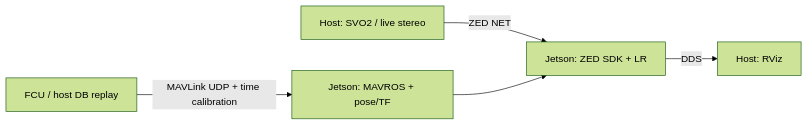
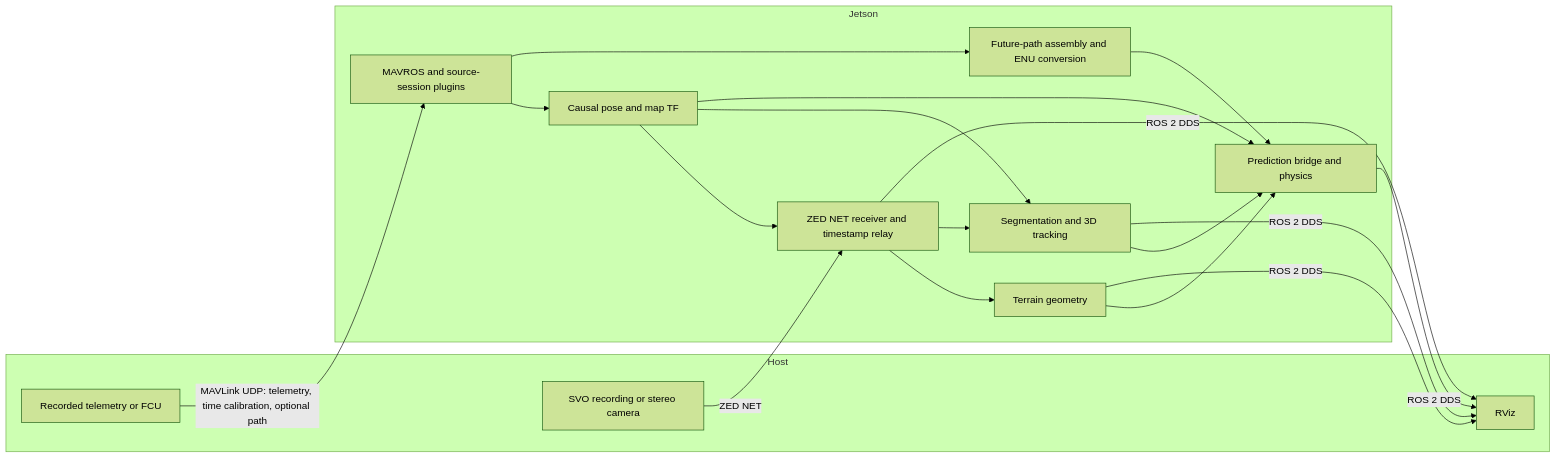
Before and after one commit to hachitrung024/lr-ros2: the diagram in README.md, drawn with Mermaid (forest theme). The commit also changed other lines of this file and 74 other files, not shown here.

Commit message:
implement prediction path via mavlink

````diff
--- a/README.md
+++ b/README.md
@@ -9,7 +9,33 @@
 ```mermaid
 flowchart LR
-    S["Host: SVO2 / live stereo"] -->|ZED NET| Z["Jetson: ZED SDK + LR"]
-    T["FCU / host DB replay"] -->|MAVLink UDP + time calibration| M["Jetson: MAVROS + pose/TF"]
-    M --> Z
-    Z -->|DDS| R["Host: RViz"]
+    subgraph Host
+        S[SVO recording or stereo camera]
+        D[Recorded telemetry or FCU]
+        R[RViz]
+    end
+    subgraph Jetson
+        Z[ZED NET receiver and timestamp relay]
+        M[MAVROS and source-session plugins]
+        P[Causal pose and map TF]
+        T[Terrain geometry]
+        G[Segmentation and 3D tracking]
+        F[Future-path assembly and ENU conversion]
+        B[Prediction bridge and physics]
+    end
+    S -->|ZED NET| Z
+    D -->|MAVLink UDP: telemetry, time calibration, optional path| M
+    M --> P
+    M --> F
+    P --> Z
+    Z --> T
+    Z --> G
+    P --> G
+    F --> B
+    T --> B
+    G --> B
+    P --> B
+    Z -->|ROS 2 DDS| R
+    T -->|ROS 2 DDS| R
+    G -->|ROS 2 DDS| R
+    B -->|ROS 2 DDS| R
 ```
````
